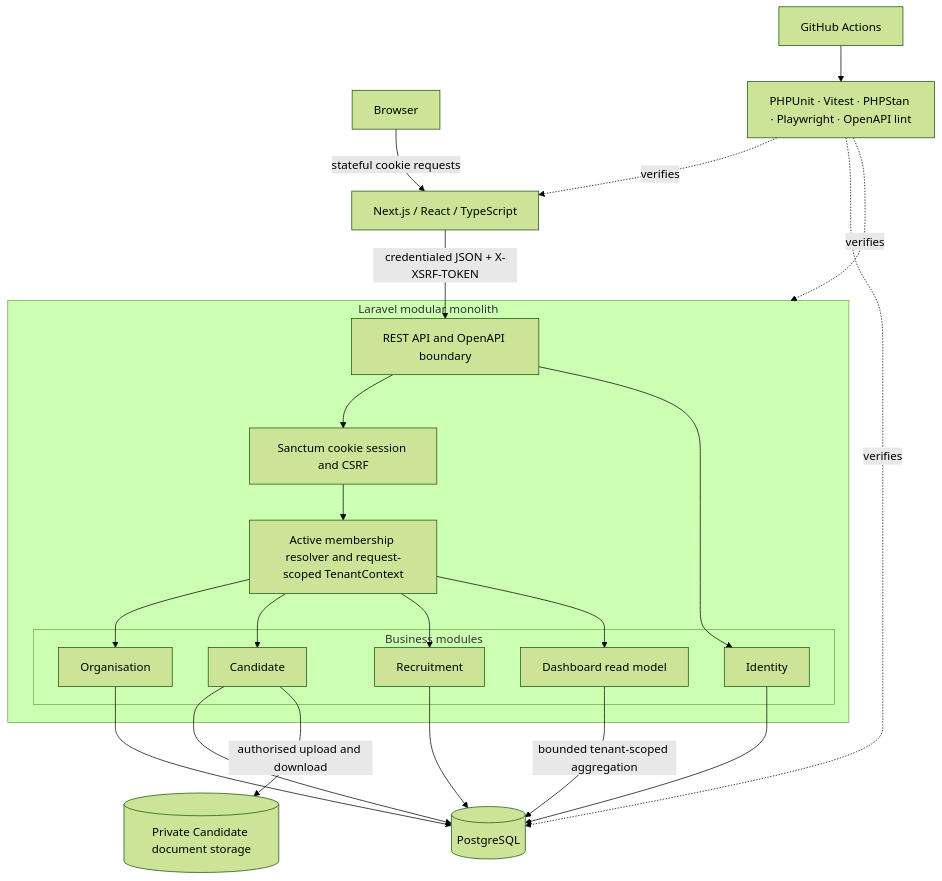
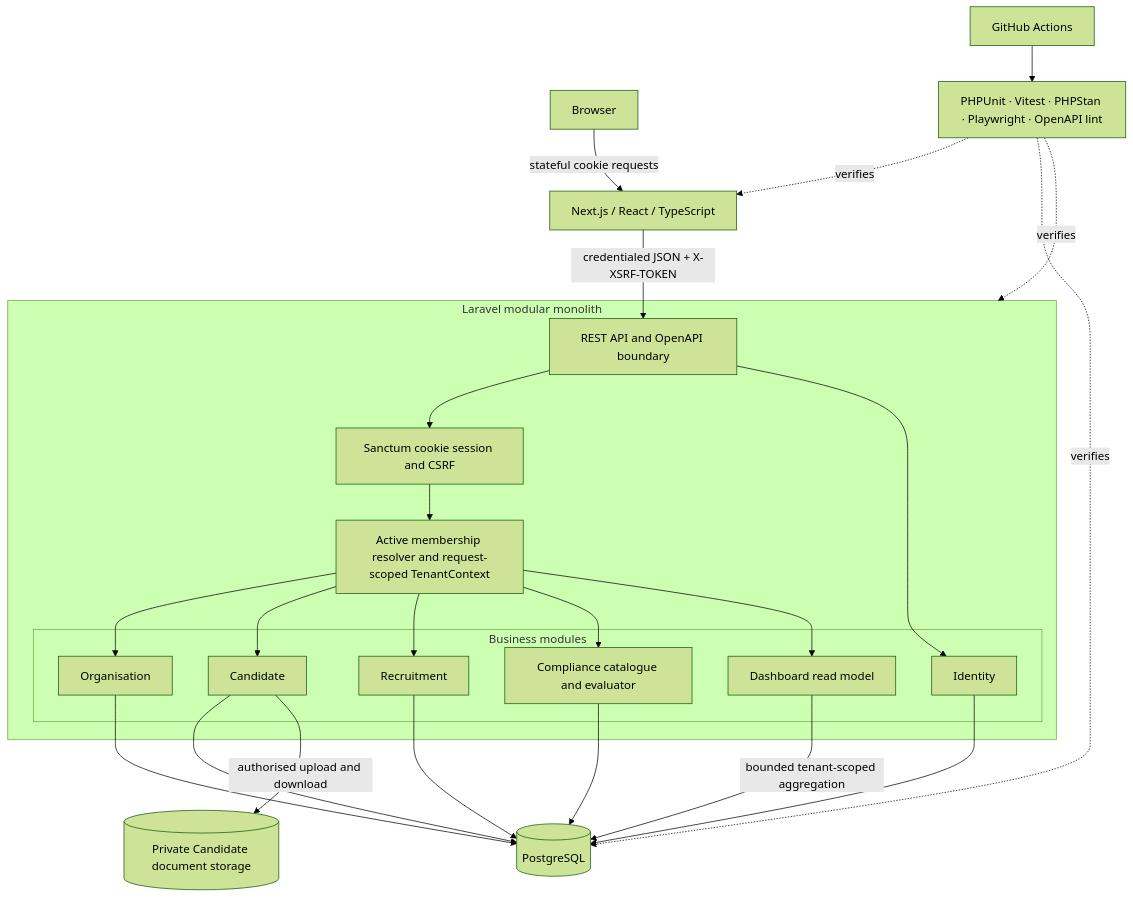
Before and after one commit to Toyody/carematch: the diagram in docs/diagrams/architecture.md, drawn with Mermaid (forest theme). The commit also changed other lines of this file and 109 other files, not shown here.

````diff
--- a/docs/diagrams/architecture.md
+++ b/docs/diagrams/architecture.md
@@ -6,46 +6,49 @@
 ```mermaid
 flowchart TB
     browser[Browser]
     frontend[Next.js / React / TypeScript]
 
     subgraph backend[Laravel modular monolith]
         http[REST API and OpenAPI boundary]
         auth[Sanctum cookie session and CSRF]
         tenant[Active membership resolver and request-scoped TenantContext]
 
         subgraph modules[Business modules]
             identity[Identity]
             organisation[Organisation]
             candidate[Candidate]
             recruitment[Recruitment]
+            compliance[Compliance catalogue and evaluator]
             dashboard[Dashboard read model]
         end
     end
 
     postgres[(PostgreSQL)]
     privateStorage[(Private Candidate document storage)]
     ci[GitHub Actions]
     quality[PHPUnit · Vitest · PHPStan · Playwright · OpenAPI lint]
 
     browser -->|stateful cookie requests| frontend
     frontend -->|credentialed JSON + X-XSRF-TOKEN| http
     http --> auth
     auth --> tenant
     tenant --> organisation
     http --> identity
     tenant --> candidate
     tenant --> recruitment
+    tenant --> compliance
     tenant --> dashboard
 
     identity --> postgres
     organisation --> postgres
     candidate --> postgres
     recruitment --> postgres
+    compliance --> postgres
     dashboard -->|bounded tenant-scoped aggregation| postgres
     candidate -->|authorised upload and download| privateStorage
 
     ci --> quality
     quality -. verifies .-> frontend
     quality -. verifies .-> backend
     quality -. verifies .-> postgres
 ```
````
